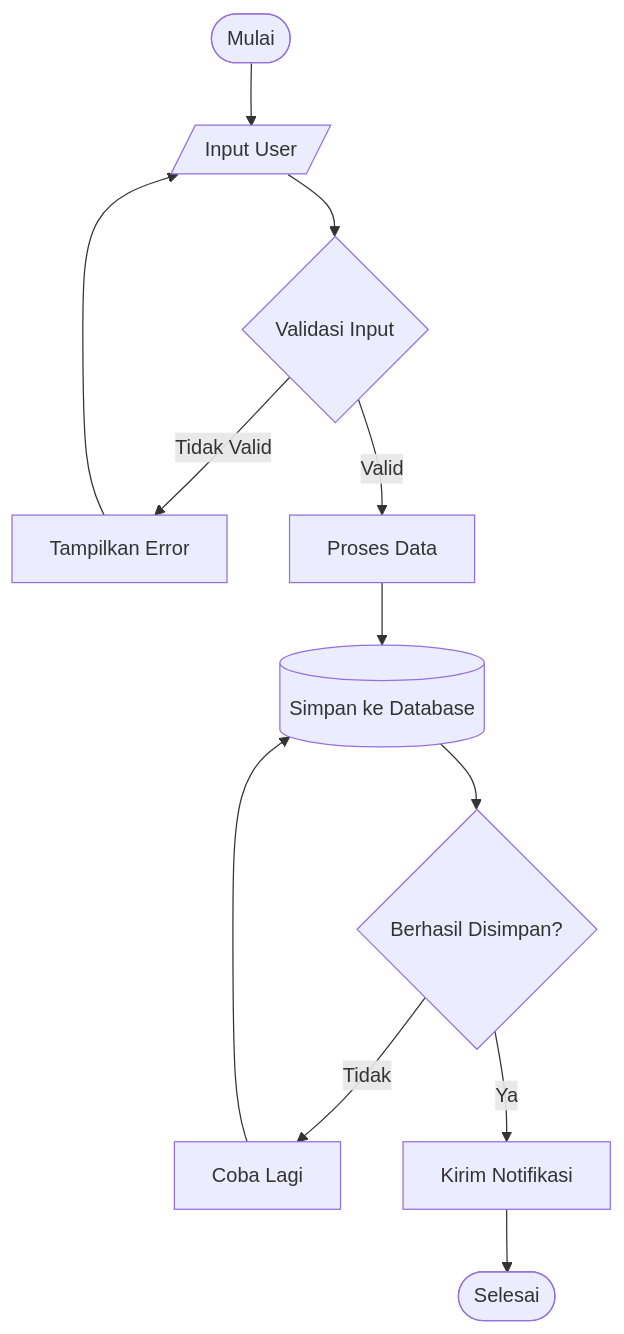
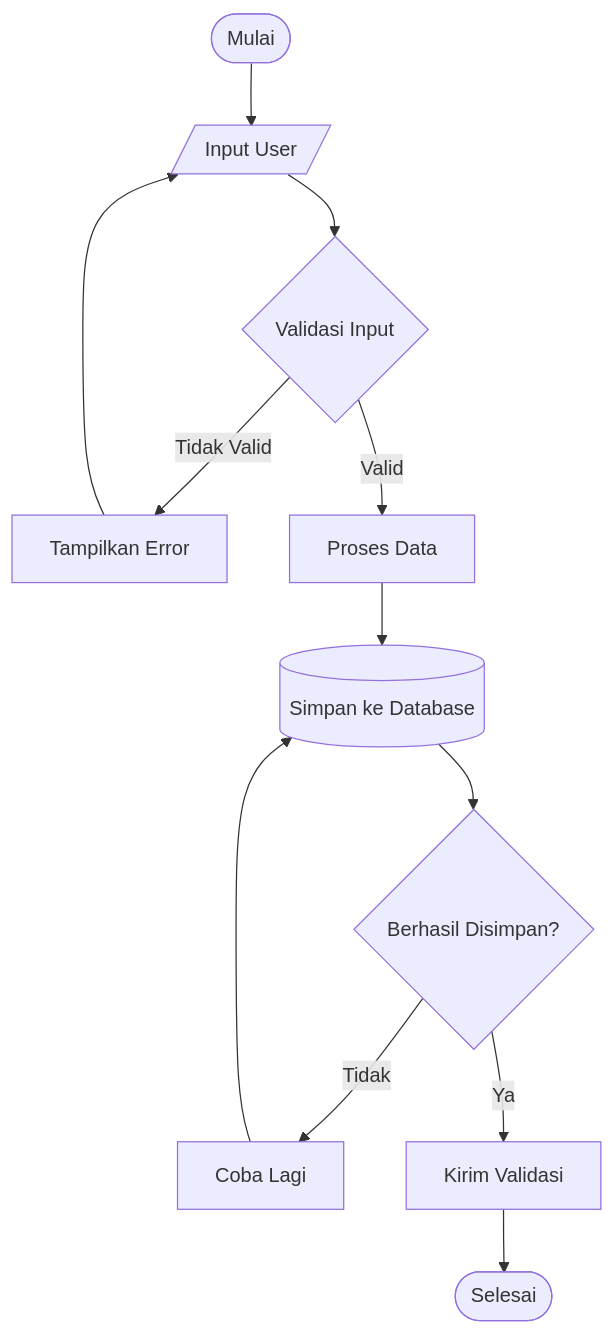
One commit to alsyauqi/docs changed the fifth of 8 diagrams in flowcharts.mdx. Above: the diagram before and after it, drawn with Mermaid. The commit also changed other lines of this file, not shown here.

````diff
--- a/flowcharts.mdx
+++ b/flowcharts.mdx
@@ -76,14 +70,14 @@
 ```mermaid
 flowchart TD
     Start([Mulai]) --> Input[/Input User/]
     Input --> Validate{Validasi Input}
     Validate -->|Tidak Valid| Error[Tampilkan Error]
     Error --> Input
     Validate -->|Valid| Process[Proses Data]
     Process --> Save[(Simpan ke Database)]
     Save --> Success{Berhasil Disimpan?}
     Success -->|Tidak| Retry[Coba Lagi]
     Retry --> Save
-    Success -->|Ya| Notify[Kirim Notifikasi]
+    Success -->|Ya| Notify[Kirim Validasi]
     Notify --> End([Selesai])
 ```
````
